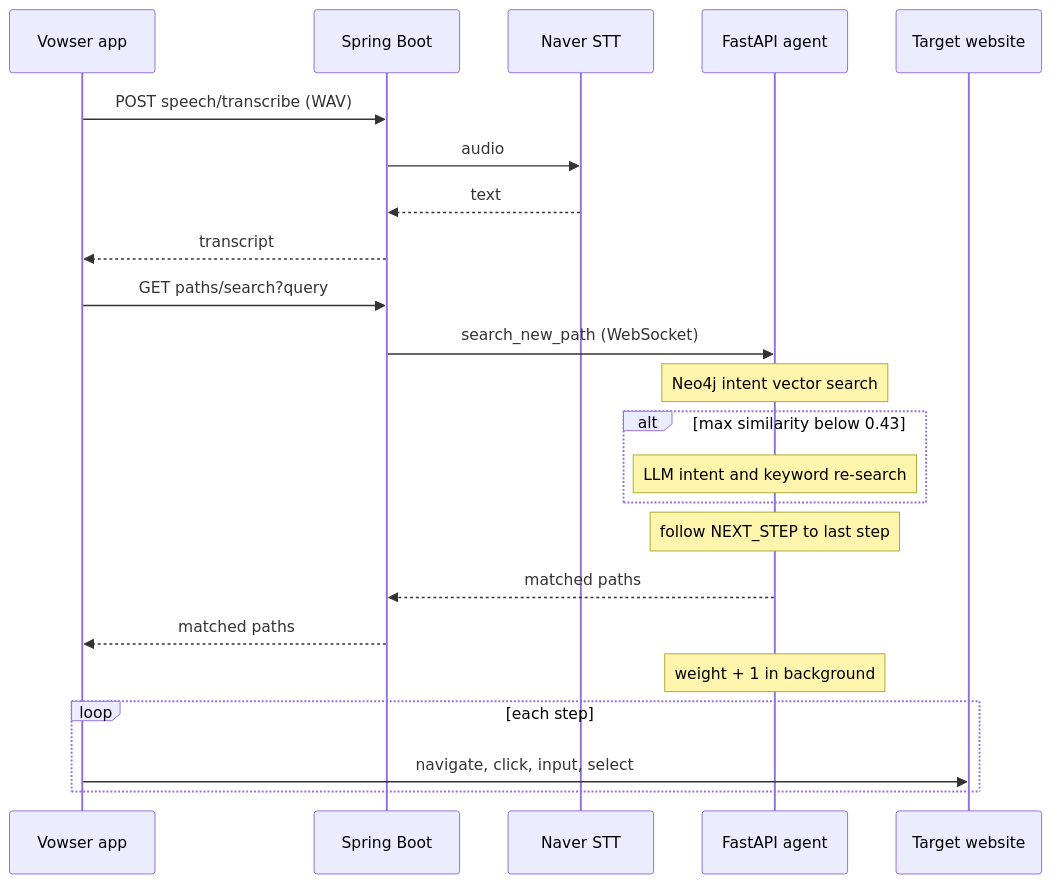
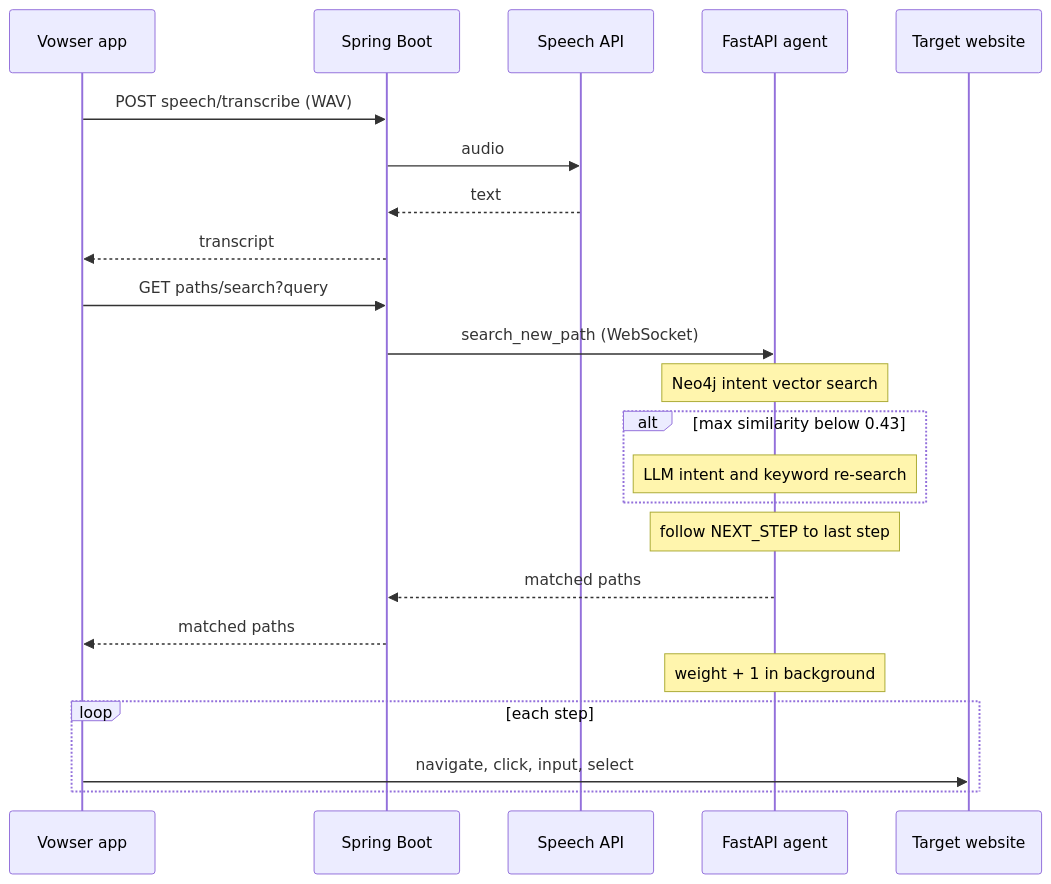
Before and after one commit to gjaku1031/ken-blog: the third of 3 diagrams in content/posts/doc-fd568125-2806-4210-a0b2-e4bf2d1b509e.md, drawn with Mermaid. The commit also changed other lines of this file and 5 other files, not shown here.

````diff
--- a/content/posts/doc-fd568125-2806-4210-a0b2-e4bf2d1b509e.md
+++ b/content/posts/doc-fd568125-2806-4210-a0b2-e4bf2d1b509e.md
@@ -169,26 +169,26 @@
 ```mermaid caption="음성 요청이 경로 실행으로 이어지는 순서. 브라우저 조작 단계에는 서버가 관여하지 않음"
 sequenceDiagram
     %% legend: solid=요청; dotted=응답
     participant App as Vowser app
     participant Spring as Spring Boot
-    participant STT as Naver STT
+    participant STT as Speech API
     participant Agent as FastAPI agent
     participant Site as Target website
     App->>Spring: POST speech/transcribe (WAV)
     Spring->>STT: audio
     STT-->>Spring: text
     Spring-->>App: transcript
     App->>Spring: GET paths/search?query
     Spring->>Agent: search_new_path (WebSocket)
     Note over Agent: Neo4j intent vector search
     alt max similarity below 0.43
         Note over Agent: LLM intent and keyword re-search
     end
     Note over Agent: follow NEXT_STEP to last step
     Agent-->>Spring: matched paths
     Spring-->>App: matched paths
     Note over Agent: weight + 1 in background
     loop each step
         App->>Site: navigate, click, input, select
     end
 ```
````
